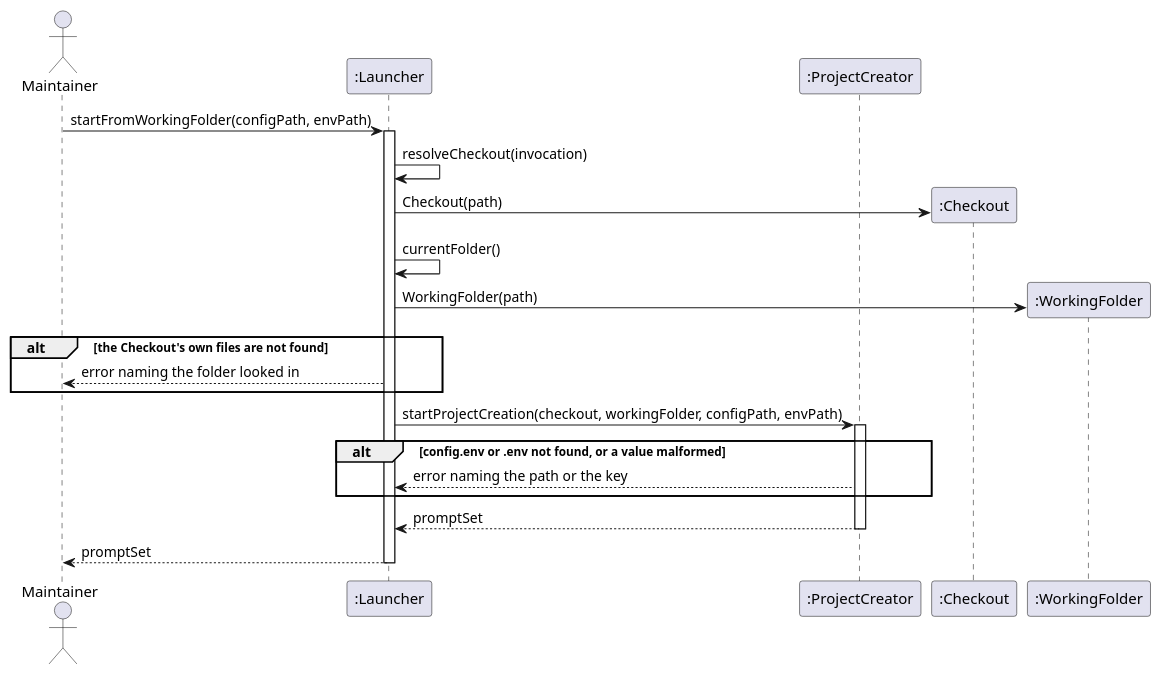
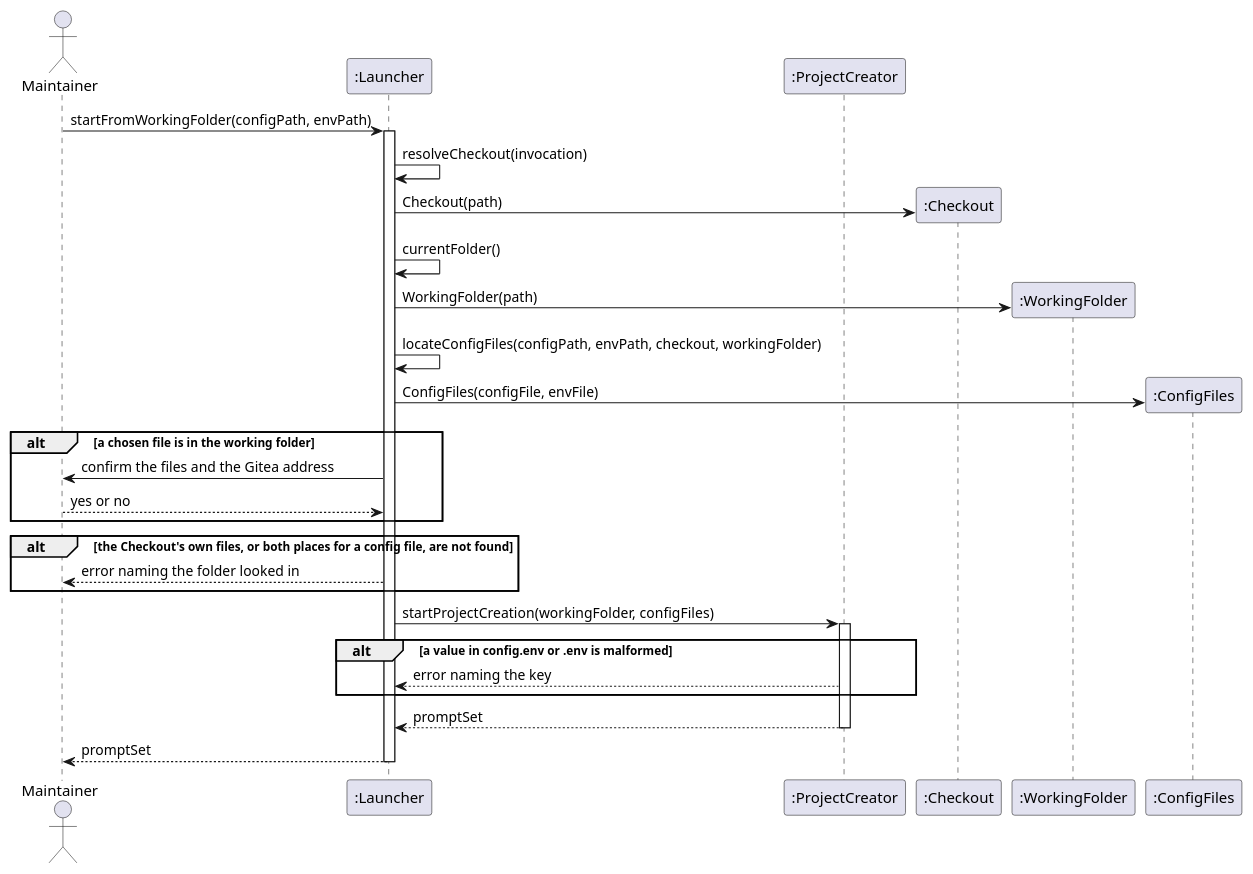
Before and after one commit to TirSystem-BashScript/RepoFoundry: the diagram in docs/uc-002/sd.md, drawn with PlantUML. The commit also changed other lines of this file and 14 other files, not shown here.

First line of the commit message:
Plan the default configuration files: working folder first, then the checkout

````diff
--- a/docs/uc-002/sd.md
+++ b/docs/uc-002/sd.md
@@ -24,30 +25,38 @@
 ```plantuml
 @startuml
 actor Maintainer
 participant ":Launcher" as L
 participant ":ProjectCreator" as PC
 participant ":Checkout" as CK
 participant ":WorkingFolder" as WF
+participant ":ConfigFiles" as CF
 
 Maintainer -> L : startFromWorkingFolder(configPath, envPath)
 activate L
 L -> L : resolveCheckout(invocation)
 create CK
 L -> CK : Checkout(path)
 L -> L : currentFolder()
 create WF
 L -> WF : WorkingFolder(path)
-alt the Checkout's own files are not found
+L -> L : locateConfigFiles(configPath, envPath, checkout, workingFolder)
+create CF
+L -> CF : ConfigFiles(configFile, envFile)
+alt a chosen file is in the working folder
+  L -> Maintainer : confirm the files and the Gitea address
+  Maintainer --> L : yes or no
+end
+alt the Checkout's own files, or both places for a config file, are not found
   L --> Maintainer : error naming the folder looked in
 end
-L -> PC : startProjectCreation(checkout, workingFolder, configPath, envPath)
+L -> PC : startProjectCreation(workingFolder, configFiles)
 activate PC
-alt config.env or .env not found, or a value malformed
-  PC --> L : error naming the path or the key
+alt a value in config.env or .env is malformed
+  PC --> L : error naming the key
 end
 PC --> L : promptSet
 deactivate PC
 L --> Maintainer : promptSet
 deactivate L
 @enduml
 ```
````
